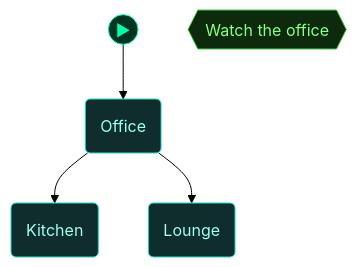
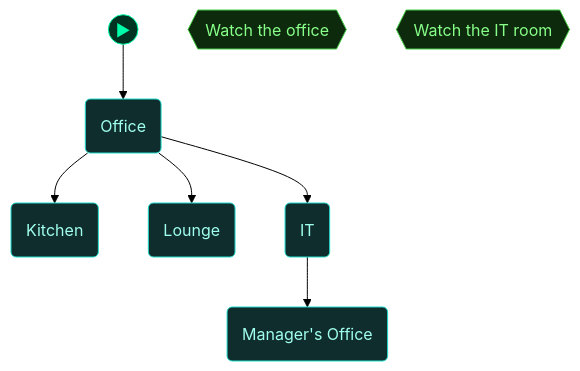
The third of 5 diagrams in scenarios/test_needs_sims/dungeon_graph.md (cliffe/BreakEscape), drawn with Mermaid (forest theme) before and after one commit. The commit also changed other lines of this file and 10 other files, not shown here.

````diff
--- a/scenarios/test_needs_sims/dungeon_graph.md
+++ b/scenarios/test_needs_sims/dungeon_graph.md
@@ -117,33 +122,38 @@
 ```mermaid
 flowchart TD
 
   classDef room      fill:#0f2d2d,stroke:#22ddcc,color:#a0ffee
   classDef lock      fill:#2d0f0f,stroke:#e66060,color:#ffa0a0
   classDef key       fill:#2d0812,stroke:#e66060,color:#ffa0a0
   classDef item      fill:#2d1200,stroke:#e89030,color:#ffcc80
   classDef gate      fill:#111,stroke:#666,color:#eee
   classDef vm        fill:#0c1f40,stroke:#4a90d9,color:#a0c8ff
   classDef flag      fill:#1a0c2d,stroke:#9060d0,color:#cc99ff
   classDef action    fill:#1a1200,stroke:#cc9922,color:#ffee88
   classDef aim       fill:#0d2a0d,stroke:#44cc44,color:#88ff88
   classDef aim_gate  fill:#111111,stroke:#44cc44,color:#44cc44
   classDef container fill:#1a2d1a,stroke:#60b060,color:#a0e0a0
   classDef npc       fill:#2d1f0d,stroke:#d0a050,color:#ffe0a0
   classDef critical  fill:#2a1500,stroke:#ffaa00,color:#ffdd88
   classDef start     fill:#003322,stroke:#00ffaa,color:#00ffaa
 
   node_start(("▶"))
   node_start --> office
 
   office("Office")
   kitchen("Kitchen")
   lounge("Lounge")
+  it_room("IT")
+  manager_office("Manager's Office")
   aim_watch_the_office{{"Watch the office"}}
+  aim_watch_it{{"Watch the IT room"}}
 
   office --> kitchen
   office --> lounge
+  office --> it_room
+  it_room --> manager_office
 
-  class office,kitchen,lounge room
-  class aim_watch_the_office aim
+  class office,kitchen,lounge,it_room,manager_office room
+  class aim_watch_the_office,aim_watch_it aim
   class node_start start
 ```
````
